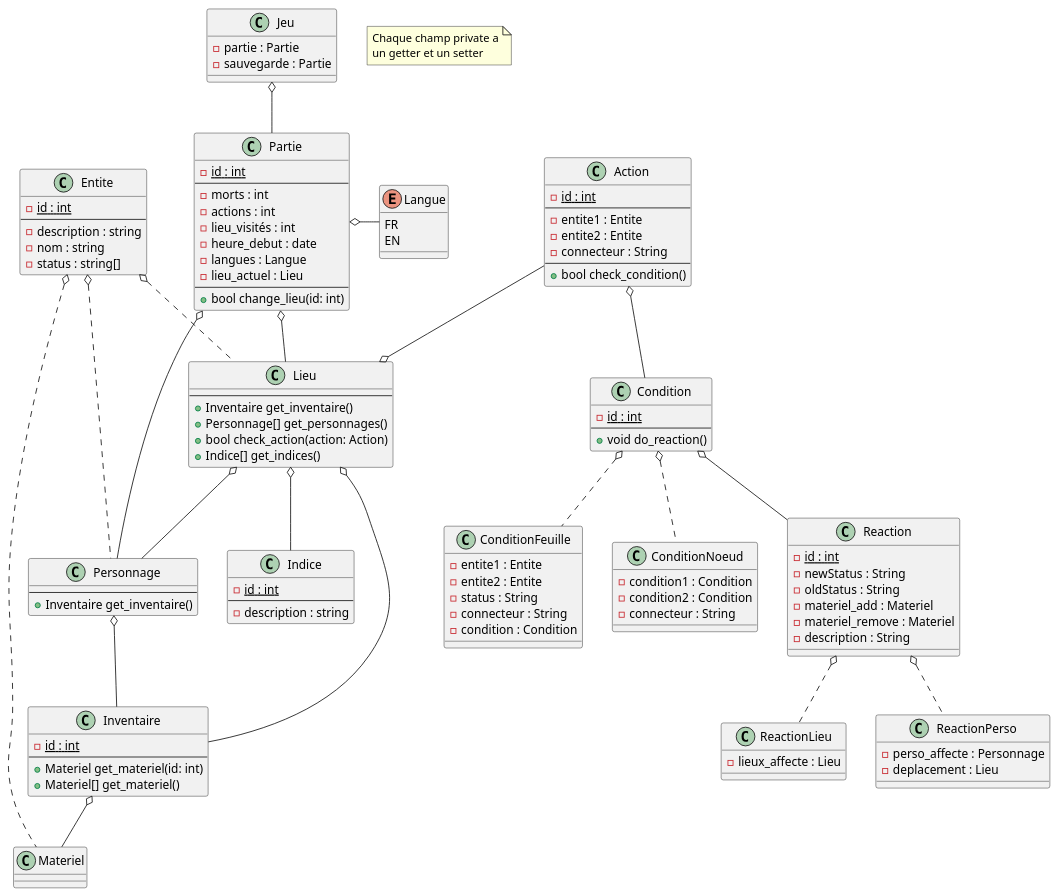
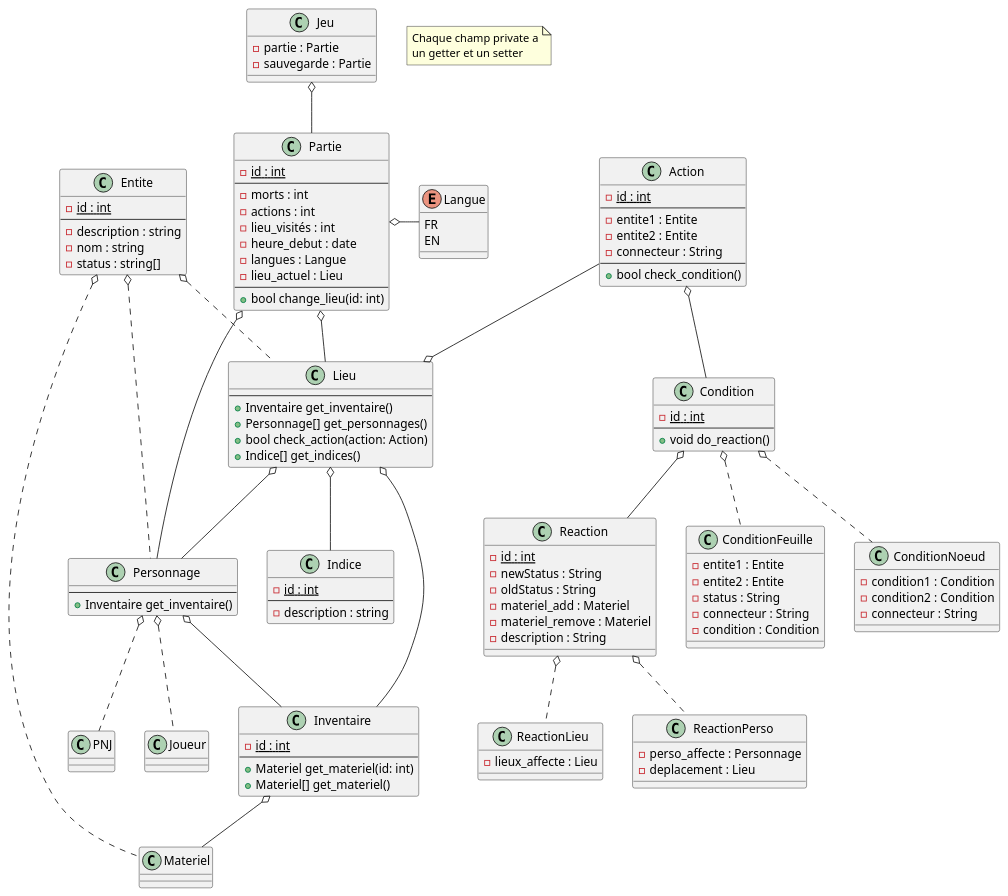
Before and after one commit to Serious-game-textuel/doc: the third of 3 diagrams in diagrammes.md, drawn with PlantUML.

Commit message:
Correction diagramme de classes
division du personnage en joueur et PNJ

````diff
--- a/diagrammes.md
+++ b/diagrammes.md
@@ -91,6 +91,14 @@
 Class Personnage{
   --
     +Inventaire get_inventaire()
+}
+
+Class Joueur {
+
+}
+
+Class PNJ {
+
 }
 
 Class Lieu{
@@ -177,6 +185,8 @@
 Reaction o.. ReactionPerso
 Condition o.. ConditionFeuille
 Condition o.. ConditionNoeud
+Personnage o.. Joueur
+Personnage o.. PNJ
 
 @enduml
 ```
````
